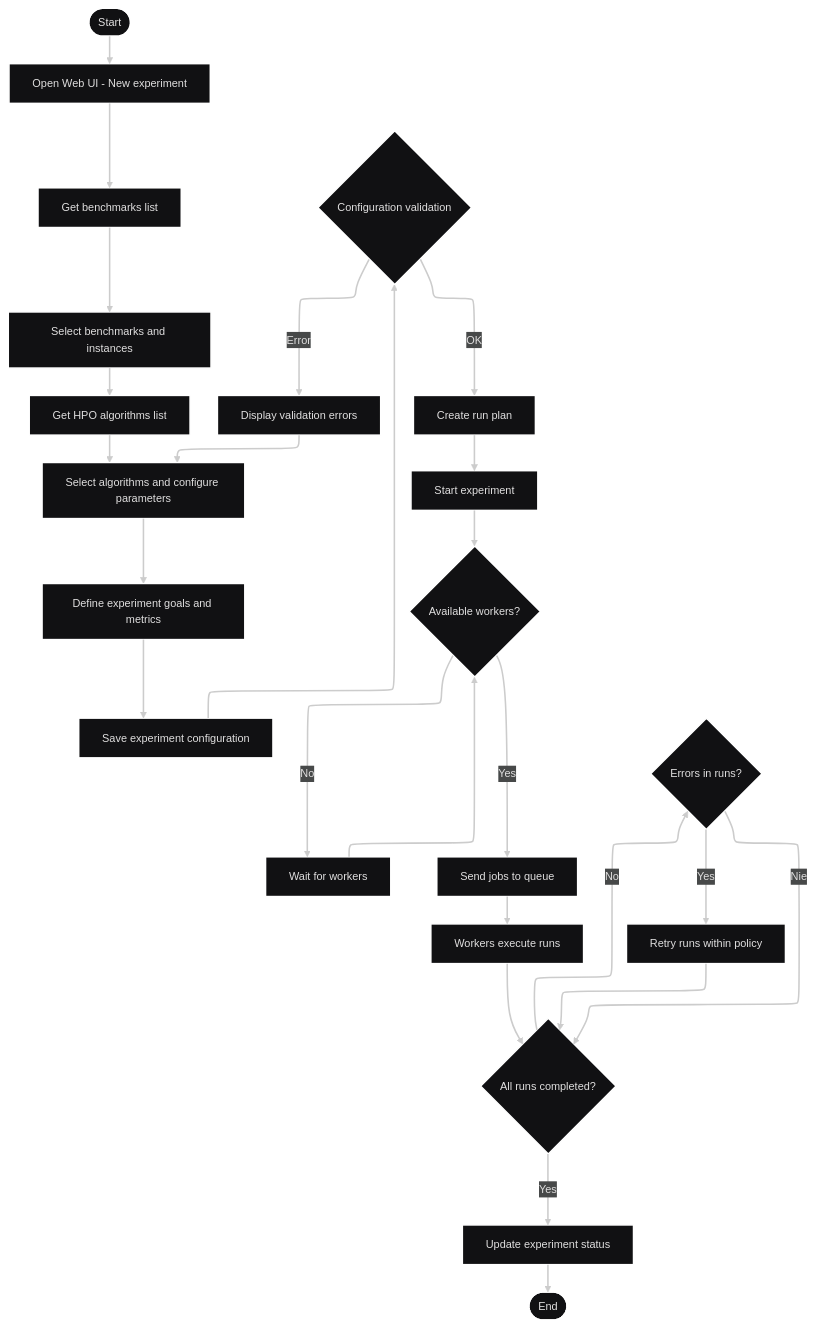
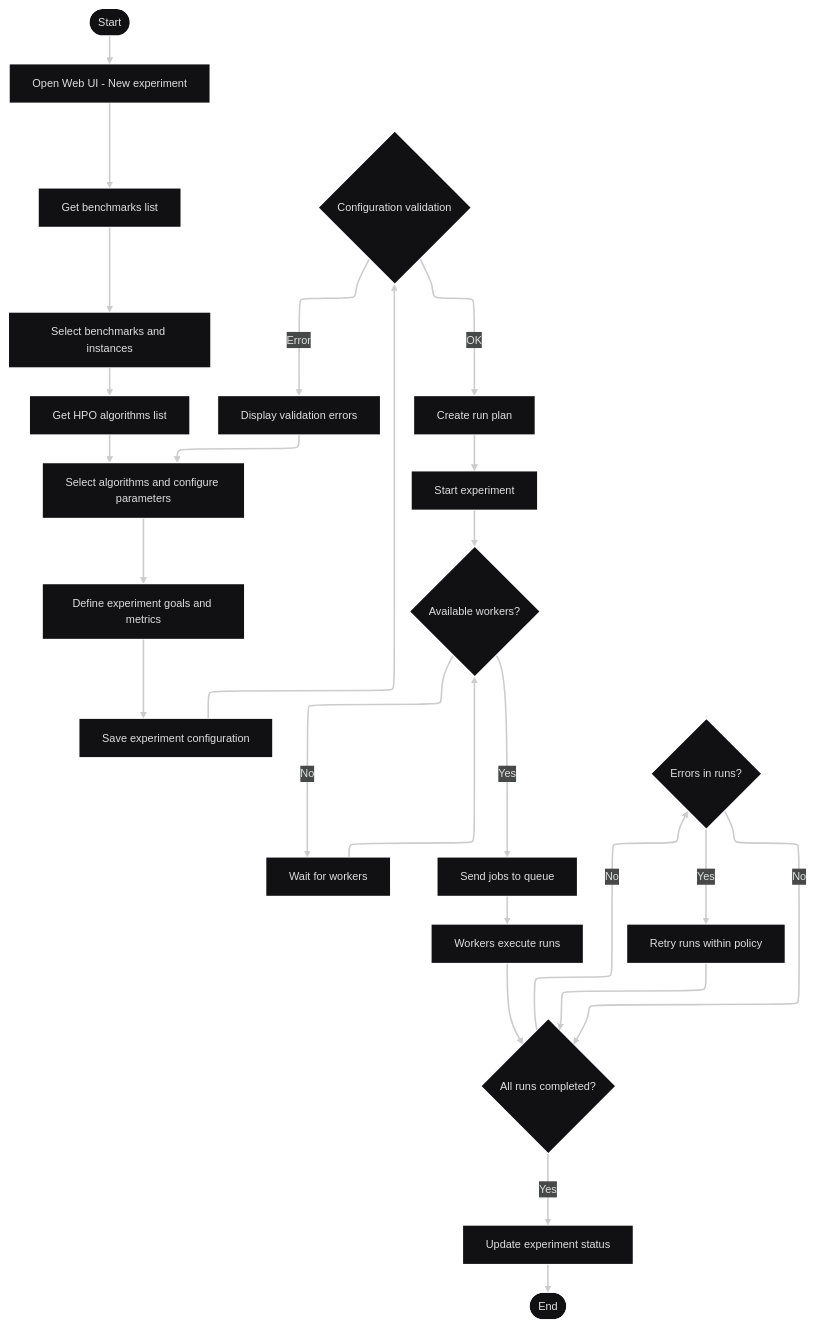
One commit to jedrzejpolaczek/aviarium.corvidae.corvus_corone changed the second of 33 diagrams in docs/requirements/use-cases.md. Above: the diagram before and after it, drawn with Mermaid. The commit also changed other lines of this file and 12 other files, not shown here.

````diff
--- a/docs/requirements/use-cases.md
+++ b/docs/requirements/use-cases.md
@@ -120,32 +120,32 @@
 ```mermaid
 ---
 config:
   layout: elk
   theme: redux-dark
 ---
 flowchart TB
     Start(["Start"]) --> OpenUI["Open Web UI - New experiment"]
     OpenUI --> GetBenchmarks["Get benchmarks list"]
     GetBenchmarks --> SelectBenchmarks["Select benchmarks and instances"]
     SelectBenchmarks --> GetAlgorithms["Get HPO algorithms list"]
     GetAlgorithms --> SelectAlgorithms["Select algorithms and configure parameters"]
     SelectAlgorithms --> DefineGoals["Define experiment goals and metrics"]
     DefineGoals --> SaveConfig["Save experiment configuration"]
     SaveConfig --> ValidateConfig{"Configuration validation"}
     ValidateConfig -- Error --> ShowErrors["Display validation errors"]
     ShowErrors --> SelectAlgorithms
     ValidateConfig -- OK --> CreatePlan["Create run plan"]
     CreatePlan --> StartExperiment["Start experiment"]
     StartExperiment --> CheckWorkers{"Available workers?"}
     CheckWorkers -- No --> WaitWorkers["Wait for workers"]
     WaitWorkers --> CheckWorkers
     CheckWorkers -- Yes --> SendJobs["Send jobs to queue"]
     SendJobs --> ExecuteRuns["Workers execute runs"]
     ExecuteRuns --> MonitorRuns{"All runs completed?"}
     MonitorRuns -- No --> HandleErrors{"Errors in runs?"}
     HandleErrors -- Yes --> RetryRuns["Retry runs within policy"]
     RetryRuns --> MonitorRuns
-    HandleErrors -- Nie --> MonitorRuns
+    HandleErrors -- No --> MonitorRuns
     MonitorRuns -- Yes --> UpdateStatus["Update experiment status"]
     UpdateStatus --> End(["End"])
 ```
````
